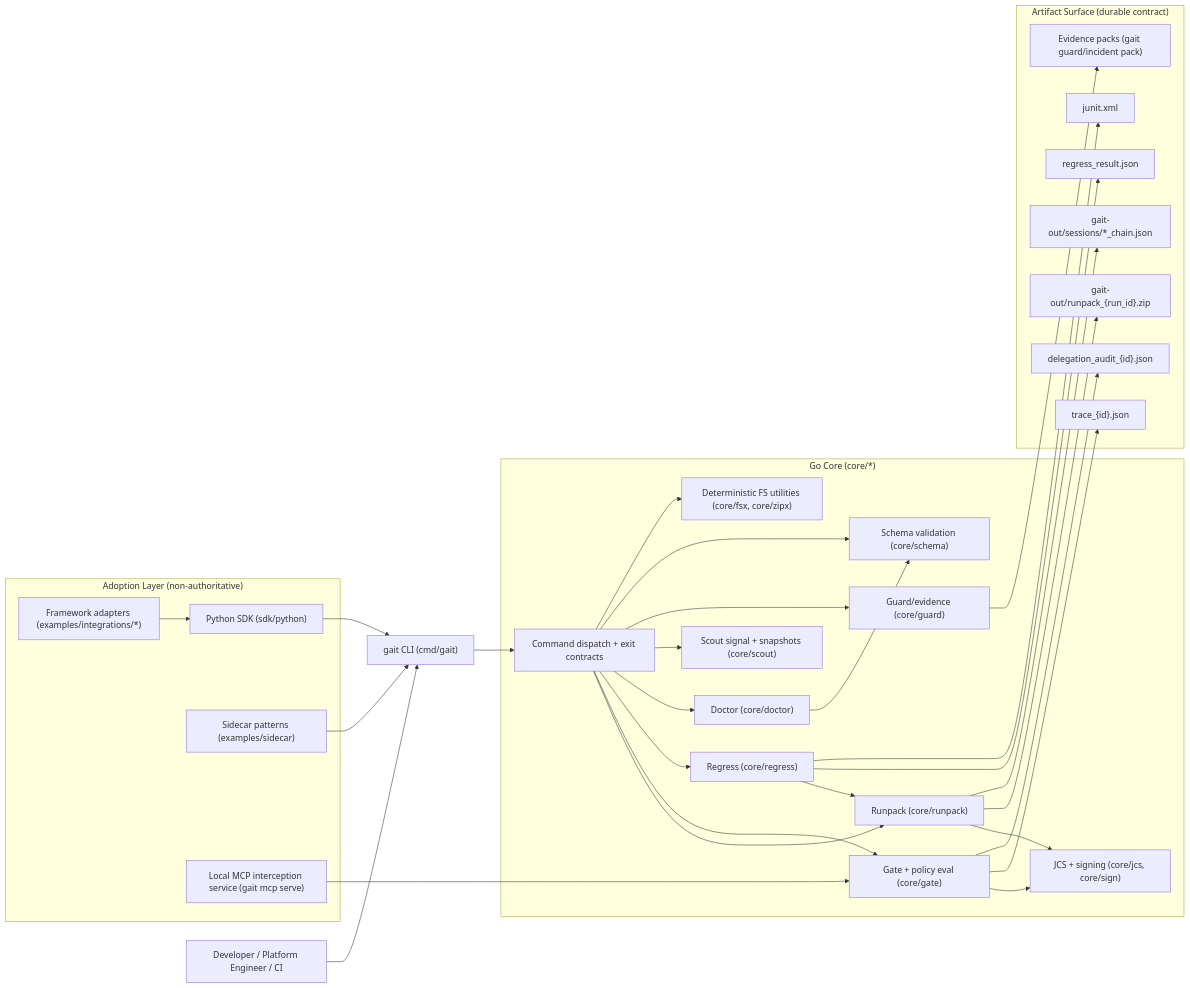
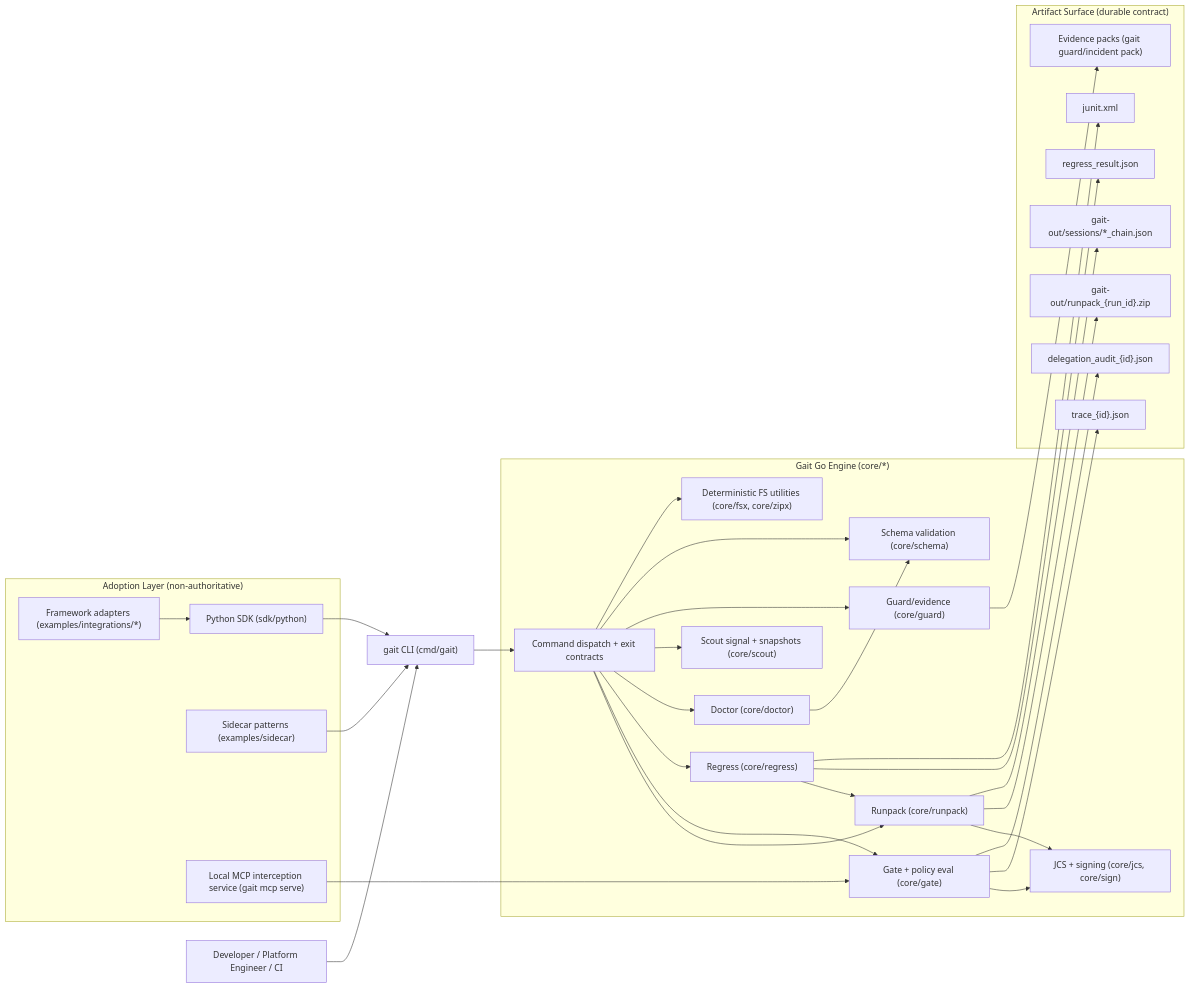
One commit to davidahmann/gait changed the second of 2 diagrams in docs/architecture.md. Above: the diagram before and after it, drawn with Mermaid. The commit also changed other lines of this file and 35 other files, not shown here.

````diff
--- a/docs/architecture.md
+++ b/docs/architecture.md
@@ -39,61 +54,61 @@
 ```mermaid
 flowchart LR
     operator["Developer / Platform Engineer / CI"] --> cli["gait CLI (cmd/gait)"]
 
-    subgraph core["Go Core (core/*)"]
+    subgraph core["Gait Go Engine (core/*)"]
         dispatch["Command dispatch + exit contracts"]
         runpackc["Runpack (core/runpack)"]
         gate["Gate + policy eval (core/gate)"]
         regressc["Regress (core/regress)"]
         doctor["Doctor (core/doctor)"]
         scout["Scout signal + snapshots (core/scout)"]
         guard["Guard/evidence (core/guard)"]
         sign["JCS + signing (core/jcs, core/sign)"]
         schema["Schema validation (core/schema)"]
         fsx["Deterministic FS utilities (core/fsx, core/zipx)"]
     end
 
     cli --> dispatch
     dispatch --> runpackc
     dispatch --> gate
     dispatch --> regressc
     dispatch --> doctor
     dispatch --> scout
     dispatch --> guard
     runpackc --> sign
     gate --> sign
     regressc --> runpackc
     doctor --> schema
     dispatch --> schema
     dispatch --> fsx
 
     subgraph adapters["Adoption Layer (non-authoritative)"]
         py["Python SDK (sdk/python)"]
         sidecar["Sidecar patterns (examples/sidecar)"]
         framework["Framework adapters (examples/integrations/*)"]
         mcpserve["Local MCP interception service (gait mcp serve)"]
     end
 
     py --> cli
     sidecar --> cli
     framework --> py
     mcpserve --> gate
 
     subgraph artifacts["Artifact Surface (durable contract)"]
         runpackZip["gait-out/runpack_{run_id}.zip"]
         sessionChain["gait-out/sessions/*_chain.json"]
         traceJson["trace_{id}.json"]
         delegationAudit["delegation_audit_{id}.json"]
         regressJson["regress_result.json"]
         junitXml["junit.xml"]
         evidenceZip["Evidence packs (gait guard/incident pack)"]
     end
 
     runpackc --> runpackZip
     runpackc --> sessionChain
     gate --> traceJson
     gate --> delegationAudit
     regressc --> regressJson
     regressc --> junitXml
     guard --> evidenceZip
 ```
````
